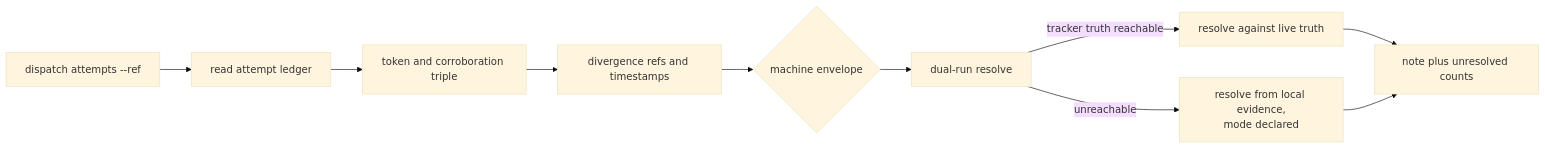
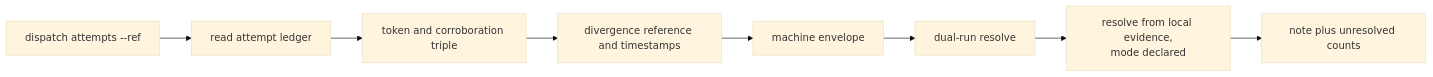
Before and after one commit to juliusz-cwiakalski/agentic-delivery-os: the fifth of 11 diagrams in doc/planning/oss-tooling/milestones/m2/architecture.md, drawn with Mermaid (base theme). The commit also changed other lines of this file and 14 other files, not shown here.

````diff
--- a/doc/planning/oss-tooling/milestones/m2/architecture.md
+++ b/doc/planning/oss-tooling/milestones/m2/architecture.md
@@ -177,12 +177,10 @@
 ```mermaid
 flowchart LR
     A[dispatch attempts --ref] --> B[read attempt ledger]
     B --> C[token and corroboration triple]
-    C --> D[divergence refs and timestamps]
-    D --> E{machine envelope}
+    C --> D[divergence reference and timestamps]
+    D --> E[machine envelope]
     E --> F[dual-run resolve]
-    F -->|tracker truth reachable| G[resolve against live truth]
-    F -->|unreachable| H[resolve from local evidence,<br/>mode declared]
+    F --> G[resolve from local evidence,<br/>mode declared]
     G --> I[note plus unresolved counts]
-    H --> I
 ```
````
